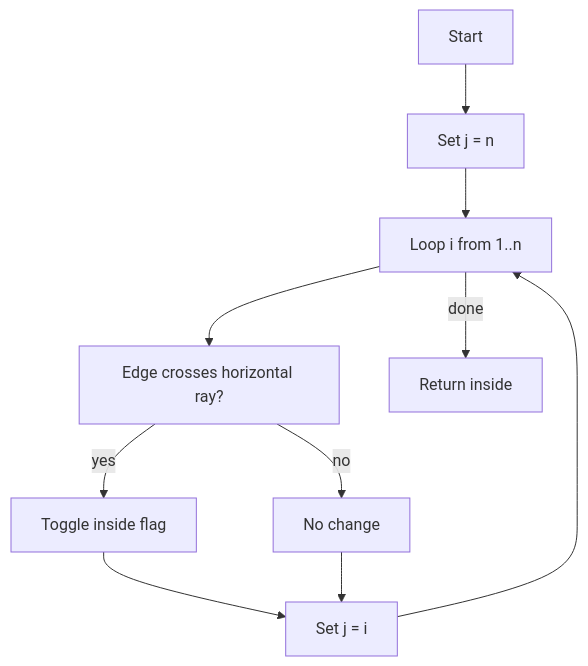
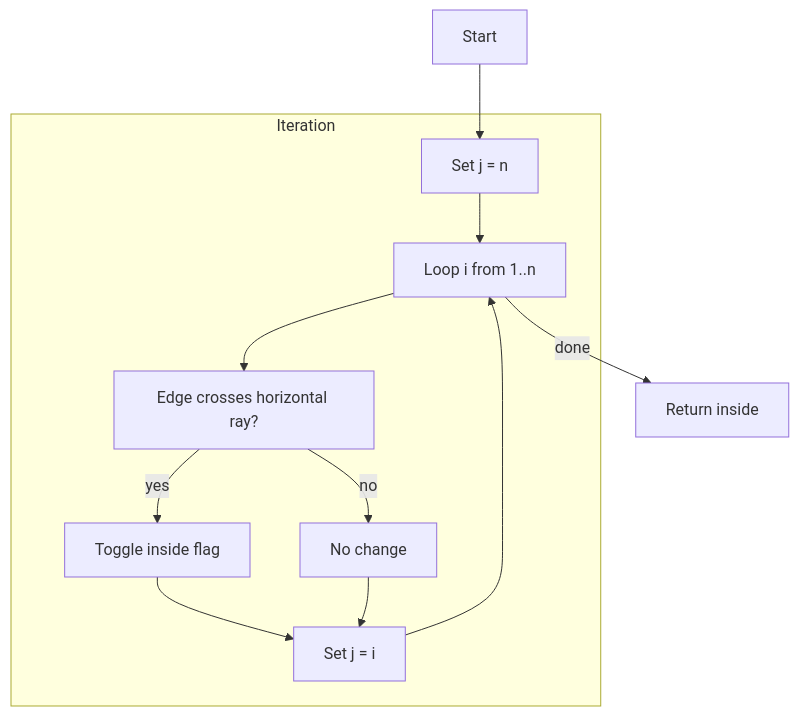
Before and after one commit to Gh0st352/AETHR: the third of 7 diagrams in docs/poly/README.md, drawn with Mermaid. The commit also changed other lines of this file and 9 other files, not shown here.

First line of the commit message:
docs(poly): improve README headings and mermaid diagrams

````diff
--- a/docs/poly/README.md
+++ b/docs/poly/README.md
@@ -84,12 +94,20 @@
 ```mermaid
+%% shared theme: docs/_mermaid/theme.json %%
 flowchart TD
   S[Start] --> J[Set j = n]
-  J --> L[Loop i from 1..n]
-  L --> C[Edge crosses horizontal ray?]
-  C -->|yes| T[Toggle inside flag]
-  C -->|no| N[No change]
-  T --> U[Set j = i]
-  N --> U
-  U --> L
+  subgraph "Iteration"
+    J --> L[Loop i from 1..n]
+    L --> C[Edge crosses horizontal ray?]
+    C -->|yes| T[Toggle inside flag]
+    C -->|no| N[No change]
+    T --> U[Set j = i]
+    N --> U
+    U --> L
+  end
   L -->|done| R[Return inside]
+
+  class S class_io;
+  class R class_result;
+  class C class_decision;
+  class L,T,N,U,J class_step;
 ```
````
